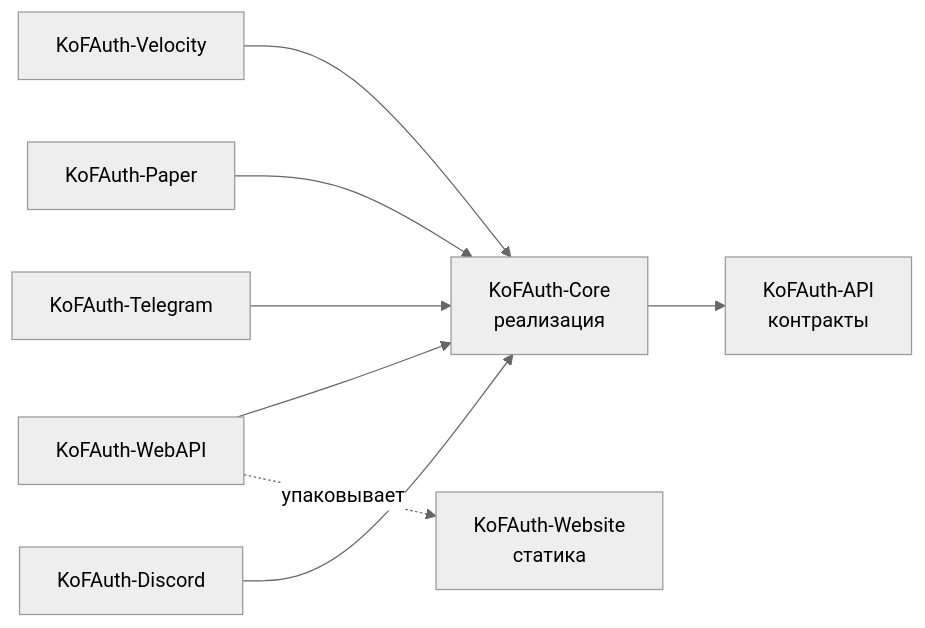
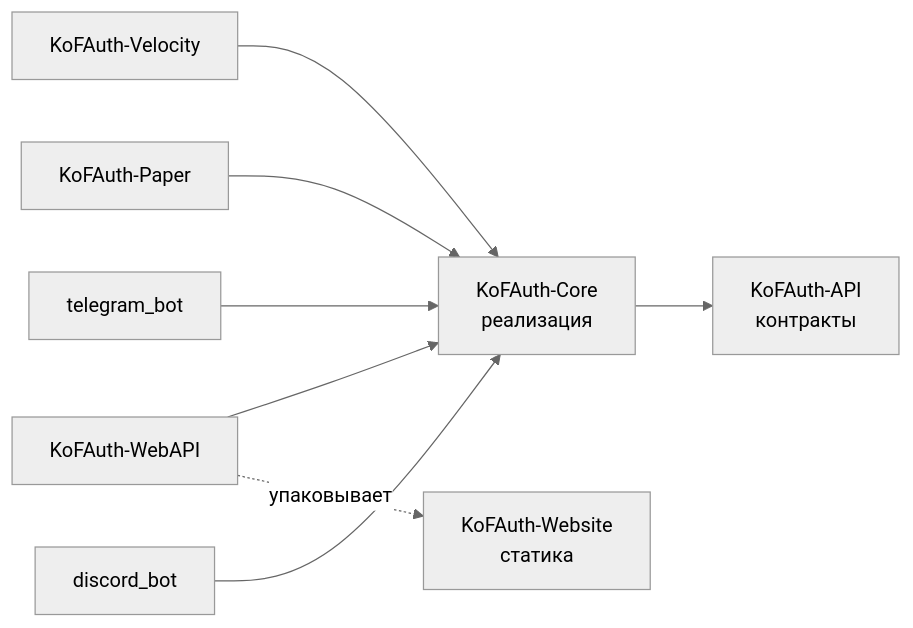
The second of 6 diagrams in docs/01-ARCHITECTURE.md (Renamekk/KoFNetwork-Auth), drawn with Mermaid (neutral theme) before and after one commit. The commit also changed other lines of this file and 94 other files, not shown here.

````diff
--- a/docs/01-ARCHITECTURE.md
+++ b/docs/01-ARCHITECTURE.md
@@ -113,20 +113,20 @@
 ```mermaid
 graph LR
     API[KoFAuth-API<br/>контракты]
     CORE[KoFAuth-Core<br/>реализация]
 
     VEL[KoFAuth-Velocity]
     PAP[KoFAuth-Paper]
     WEB[KoFAuth-WebAPI]
-    TGM[KoFAuth-Telegram]
-    DIS[KoFAuth-Discord]
+    TGM[telegram_bot]
+    DIS[discord_bot]
     SITE[KoFAuth-Website<br/>статика]
 
     CORE --> API
     VEL --> CORE
     PAP --> CORE
     WEB --> CORE
     TGM --> CORE
     DIS --> CORE
     WEB -.упаковывает.-> SITE
 ```
````
